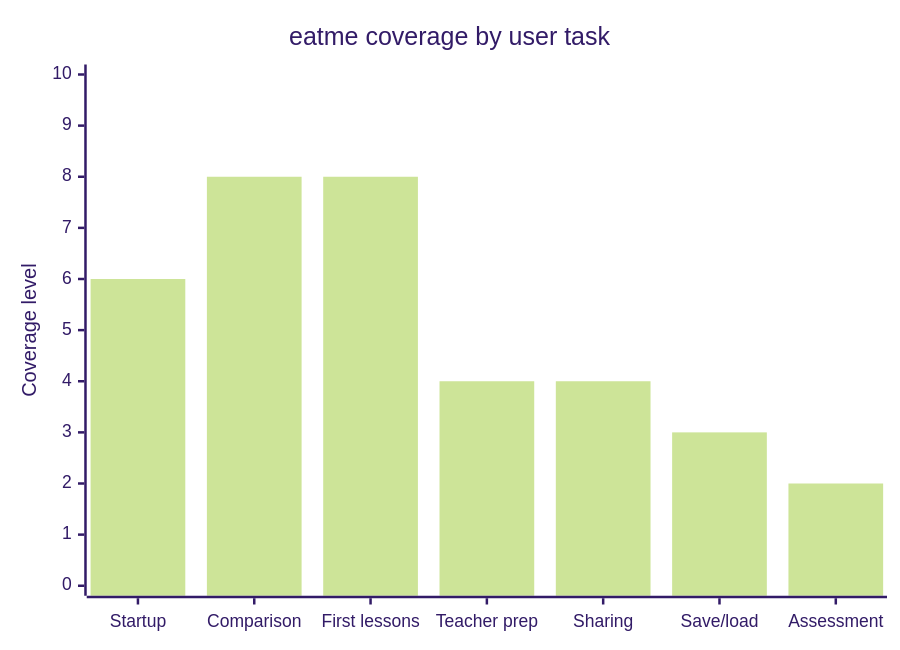
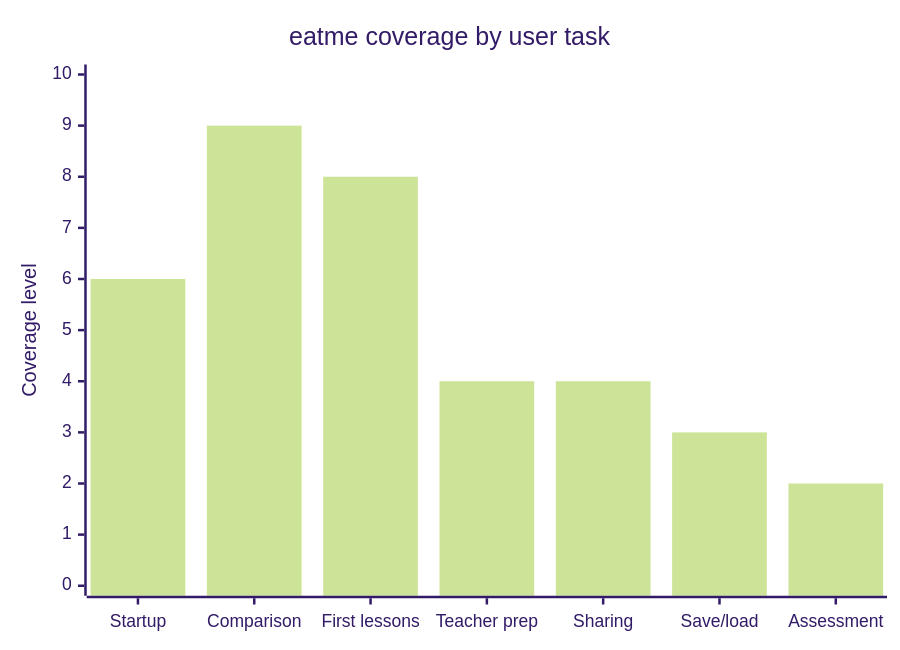
One commit to rysweet/drinkme changed the fourth of 6 diagrams in README.md. Above: the diagram before and after it, drawn with Mermaid (forest theme). The commit also changed other lines of this file and 2 other files, not shown here.

````diff
--- a/README.md
+++ b/README.md
@@ -100,7 +101,7 @@
 ```mermaid
 xychart-beta
   title "eatme coverage by user task"
   x-axis ["Startup", "Comparison", "First lessons", "Teacher prep", "Sharing", "Save/load", "Assessment"]
   y-axis "Coverage level" 0 --> 10
-  bar [6, 8, 8, 4, 4, 3, 2]
+  bar [6, 9, 8, 4, 4, 3, 2]
 ```
````
